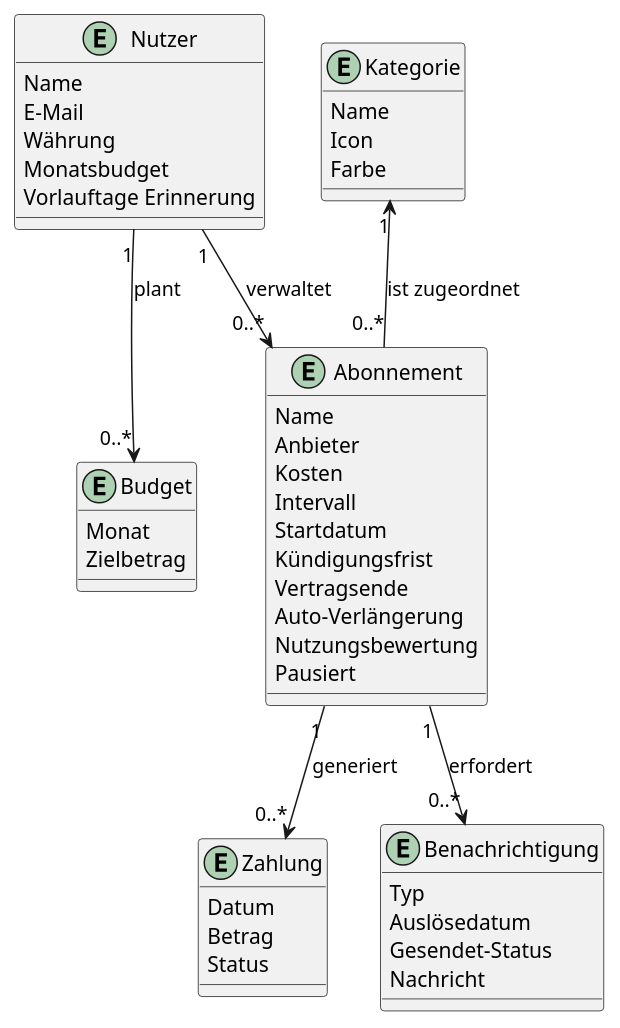
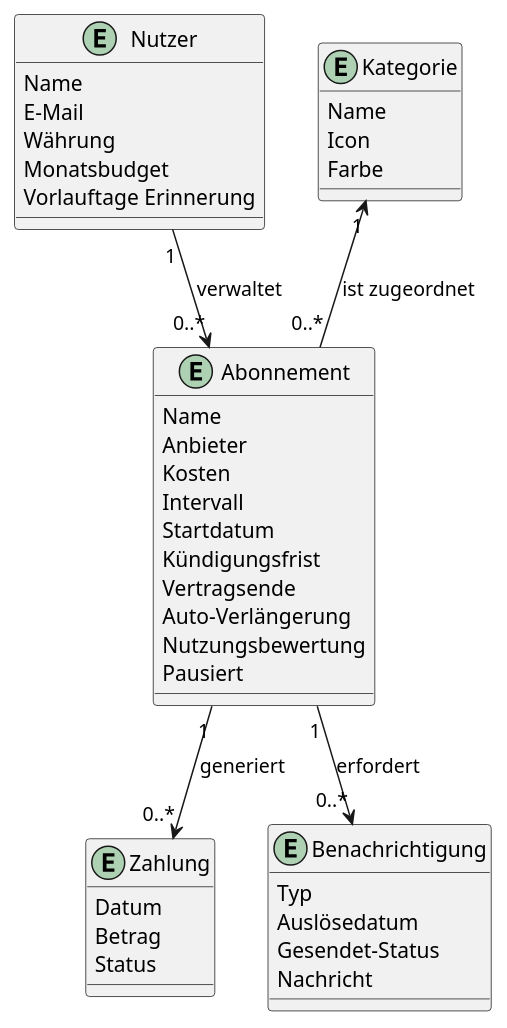
Before and after one commit to momel13/SubscriptionGuard-E2: the diagram in docs/product/domain_glossary.adoc, drawn with PlantUML. The commit also changed other lines of this file and 1 other file, not shown here.

```diff
--- a/docs/product/domain_glossary.adoc
+++ b/docs/product/domain_glossary.adoc
@@ -115,55 +114,49 @@
 [plantuml, domain-model, svg]
 ....
 @startuml
 entity "Nutzer" as user {
   Name
   E-Mail
   Währung
   Monatsbudget
   Vorlauftage Erinnerung
 }
 
 entity "Kategorie" as category {
   Name
   Icon
   Farbe
 }
 
 entity "Abonnement" as sub {
   Name
   Anbieter
   Kosten
   Intervall
   Startdatum
   Kündigungsfrist
   Vertragsende
   Auto-Verlängerung
   Nutzungsbewertung
   Pausiert
 }
 
 entity "Zahlung" as payment {
   Datum
   Betrag
   Status
 }
 
 entity "Benachrichtigung" as notification {
   Typ
   Auslösedatum
   Gesendet-Status
   Nachricht
 }
 
-entity "Budget" as budget {
-  Monat
-  Zielbetrag
-}
-
 user "1" --> "0..*" sub : verwaltet
-user "1" --> "0..*" budget : plant
 category "1" <-- "0..*" sub : ist zugeordnet
 sub "1" --> "0..*" payment : generiert
 sub "1" --> "0..*" notification : erfordert
 @enduml
 ....
```
